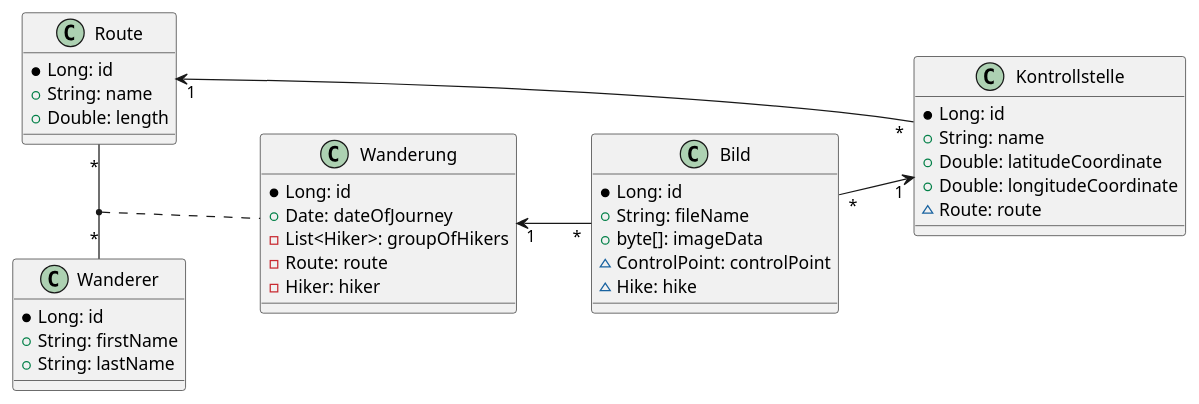
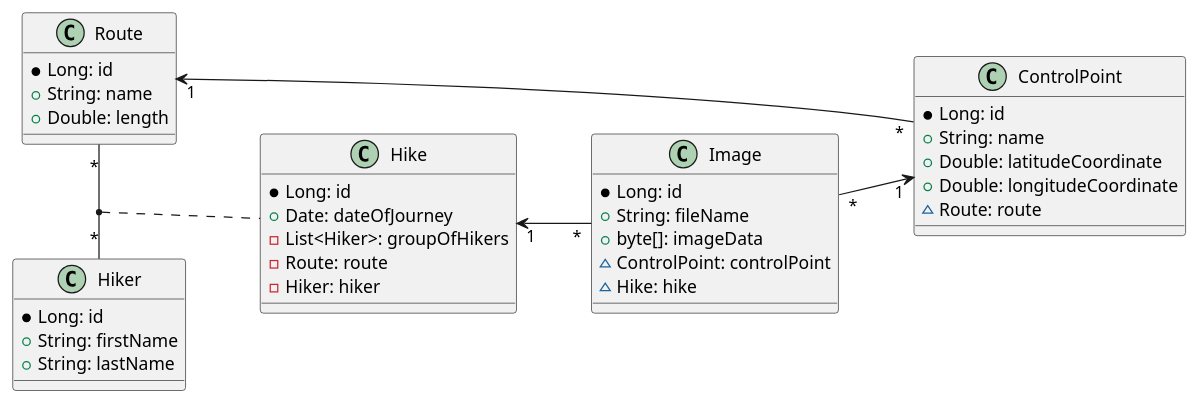
Before and after one commit to htl-leonding-project/primeval-forest-route: the diagram in asciidocs/plantuml/uml.puml, drawn with PlantUML. The commit also changed 2 other files, not shown here.

Commit message:
Ratzenböck - changed uml class definition from ger to eng

```diff
--- a/asciidocs/plantuml/uml.puml
+++ b/asciidocs/plantuml/uml.puml
@@ -1,48 +1,48 @@
 @startuml
 left to right direction
-class Kontrollstelle {
+class ControlPoint {
     * Long: id
     + String: name
     + Double: latitudeCoordinate
     + Double: longitudeCoordinate
     ~ Route: route
 }
 
 class Route {
     * Long: id
     + String: name
     + Double: length
 }
 
-class Wanderung {
+class Hike {
     * Long: id
     + Date: dateOfJourney
     - List<Hiker>: groupOfHikers
     - Route: route
     - Hiker: hiker
 }
 
-class Wanderer {
+class Hiker {
     * Long: id
     + String: firstName
     + String: lastName
 }
 
-class Bild {
+class Image {
     * Long: id
     + String: fileName
     + byte[]: imageData
     ~ ControlPoint: controlPoint
     ~ Hike: hike
 }
 
-Bild "*" --> "1" Kontrollstelle
+Image "*" --> "1" ControlPoint
 
-Kontrollstelle "*" --> "1" Route
+ControlPoint "*" --> "1" Route
 
-Route "*" - "*" Wanderer
-(Route, Wanderer) .. Wanderung
+Route "*" - "*" Hiker
+(Route, Hiker) .. Hike
 
 
-Wanderung "1" <-- "*" Bild
+Hike "1" <-- "*" Image
 @enduml
```
